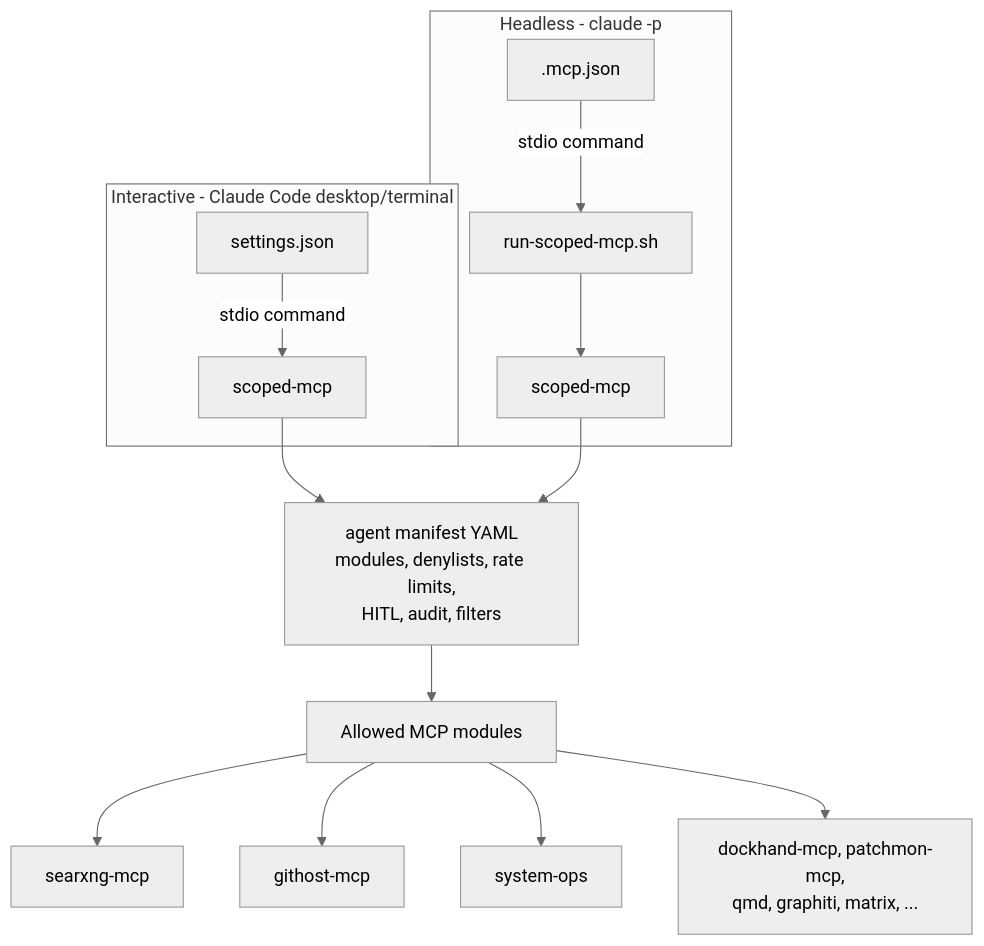
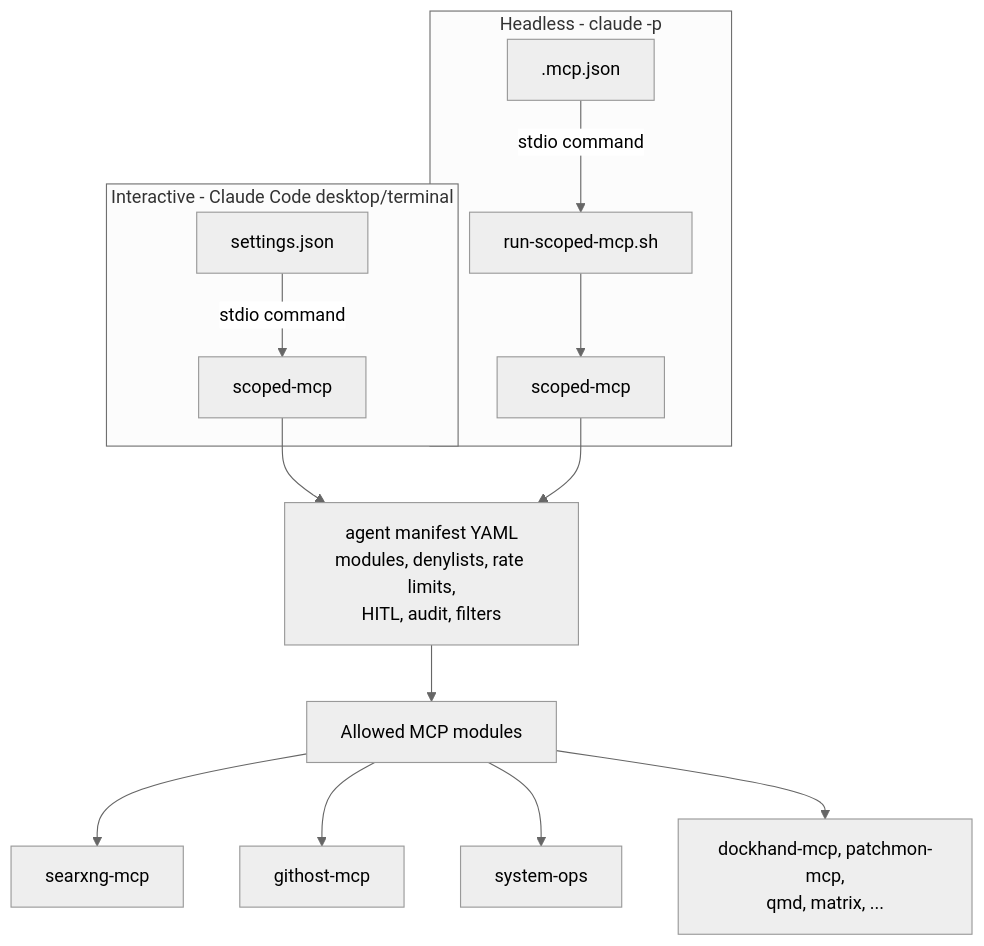
Before and after one commit to TadMSTR/homelab-agent: the first of 3 diagrams in docs/components/agent/scoped-mcp.md, drawn with Mermaid (neutral theme). The commit also changed other lines of this file and 14 other files, not shown here.

First line of the commit message:
docs: sweep Graphiti references, rewrite as retirement record

````diff
--- a/docs/components/agent/scoped-mcp.md
+++ b/docs/components/agent/scoped-mcp.md
@@ -58,22 +58,22 @@
 ```mermaid
 flowchart TD
     subgraph "Interactive - Claude Code desktop/terminal"
         settings["settings.json"]
         settings -->|"stdio command"| scoped_i["scoped-mcp"]
     end
 
     subgraph "Headless - claude -p"
         mcp_json[".mcp.json"]
         mcp_json -->|"stdio command"| wrapper["run-scoped-mcp.sh"]
         wrapper --> scoped_h["scoped-mcp"]
     end
 
     scoped_i --> manifest["agent manifest YAML\nmodules, denylists, rate limits,\nHITL, audit, filters"]
     scoped_h --> manifest
 
     manifest --> tools["Allowed MCP modules"]
     tools --> mcp1["searxng-mcp"]
     tools --> mcp2["githost-mcp"]
     tools --> mcp3["system-ops"]
-    tools --> mcp4["dockhand-mcp, patchmon-mcp,\nqmd, graphiti, matrix, ..."]
+    tools --> mcp4["dockhand-mcp, patchmon-mcp,\nqmd, matrix, ..."]
 ```
````
